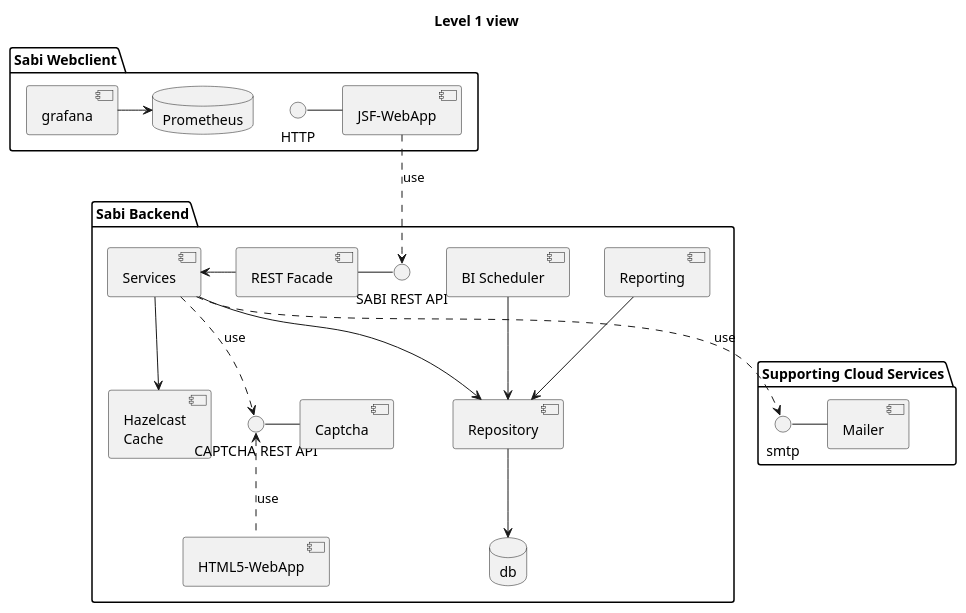
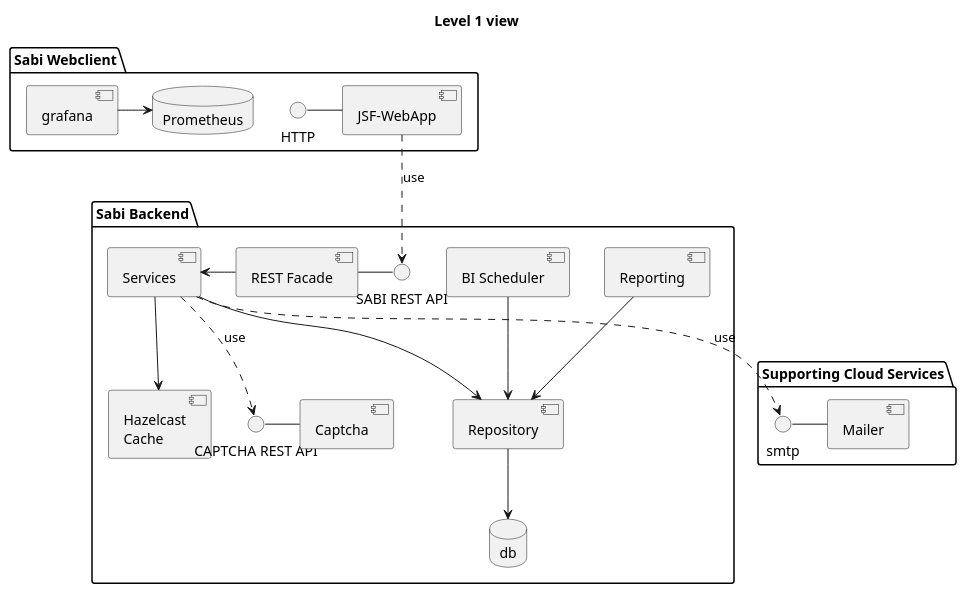
Before and after one commit to StefanSchubert/sabi: the diagram in sabi-server/UML/5.1_BuildingBlockView/Comp_Level1_Sabi.puml, drawn with PlantUML. The commit also changed 4 other files, not shown here.

```diff
--- a/sabi-server/UML/5.1_BuildingBlockView/Comp_Level1_Sabi.puml
+++ b/sabi-server/UML/5.1_BuildingBlockView/Comp_Level1_Sabi.puml
@@ -1,46 +1,45 @@
 @startuml
 
 skinparam monochrome true
 skinparam componentStyle uml2
 
 package "Sabi Webclient" {
 HTTP - [JSF-WebApp]
 database Prometheus
 [grafana] -> Prometheus
 }
 
 package "Sabi Backend" {
 title Level 1 view
 interface "SABI REST API" as rest
 database db
 [JSF-WebApp] ..> rest : use
 [REST Facade] - rest
 [Services] <- [REST Facade]
 [Repository] --> db
 
 together {
 [Services] --> [Repository]
 [Reporting] --> [Repository]
 [BI Scheduler] --> [Repository]
 }
 
 [Services] --> [Hazelcast\nCache]
 
 interface "CAPTCHA REST API" as rest2
 rest2 - [Captcha]
 
 
 [Services] ..> rest2 : use
-rest2 <.. [HTML5-WebApp] : use
 
 }
 
 package "Supporting Cloud Services" {
 
 interface smtp
 smtp - [Mailer]
 [Services] ..> smtp : use
 
 }
 
 @enduml
```
